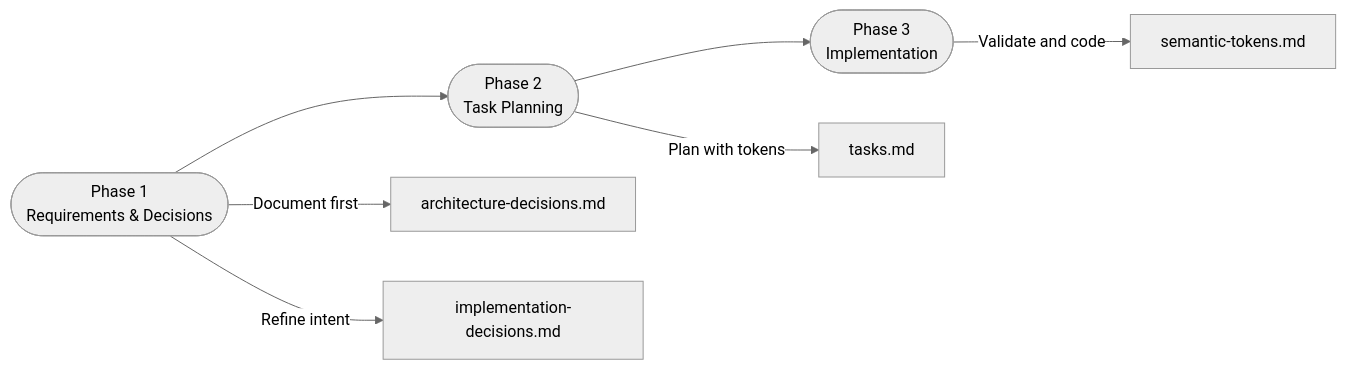
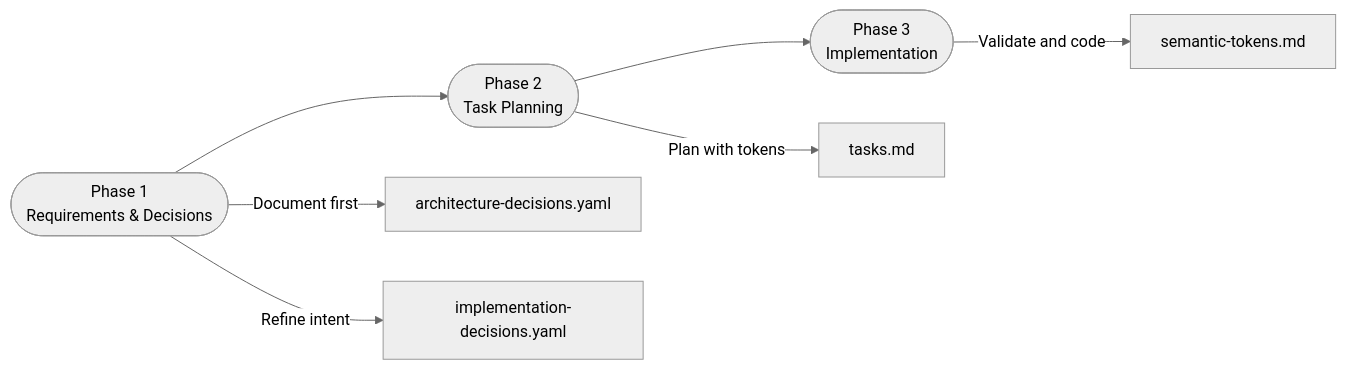
The diagram in README.md (fareedst/stdd), drawn with Mermaid (neutral theme) before and after one commit. The commit also changed other lines of this file and 15 other files, not shown here.

````diff
--- a/README.md
+++ b/README.md
@@ -79,11 +82,11 @@
 ```mermaid
 flowchart LR
     phase1([Phase 1<br/>Requirements & Decisions])
     phase2([Phase 2<br/>Task Planning])
     phase3([Phase 3<br/>Implementation])
     phase1 --> phase2 --> phase3
-    phase1 -- "Document first" --> Arch["architecture-decisions.md"]
-    phase1 -- "Refine intent" --> Impl["implementation-decisions.md"]
+    phase1 -- "Document first" --> Arch["architecture-decisions.yaml"]
+    phase1 -- "Refine intent" --> Impl["implementation-decisions.yaml"]
     phase2 -- "Plan with tokens" --> TasksDoc["tasks.md"]
     phase3 -- "Validate and code" --> Semantic["semantic-tokens.md"]
 ```
````
